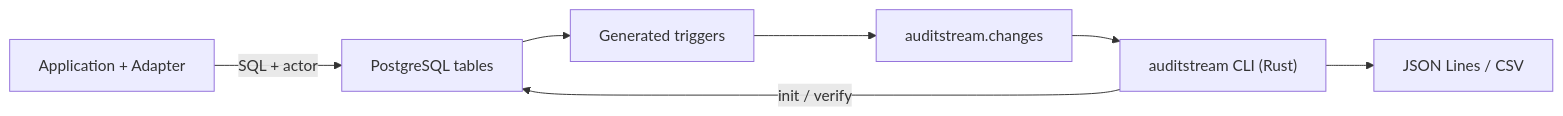
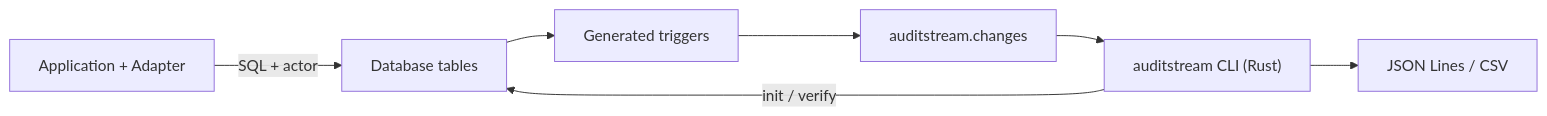
The diagram in README.md (auditstream/auditstream), drawn with Mermaid before and after one commit. The commit also changed other lines of this file, not shown here.

````diff
--- a/README.md
+++ b/README.md
@@ -22,9 +21,9 @@
 ```mermaid
 flowchart LR
-  App["Application + Adapter"] -- "SQL + actor" --> Tables["PostgreSQL tables"]
+  App["Application + Adapter"] -- "SQL + actor" --> Tables["Database tables"]
   Tables --> Triggers["Generated triggers"]
   Triggers --> Changes["auditstream.changes"]
   CLI["auditstream CLI (Rust)"] -- "init / verify" --> Tables
   Changes --> CLI
   CLI --> Out["JSON Lines / CSV"]
 ```
````
